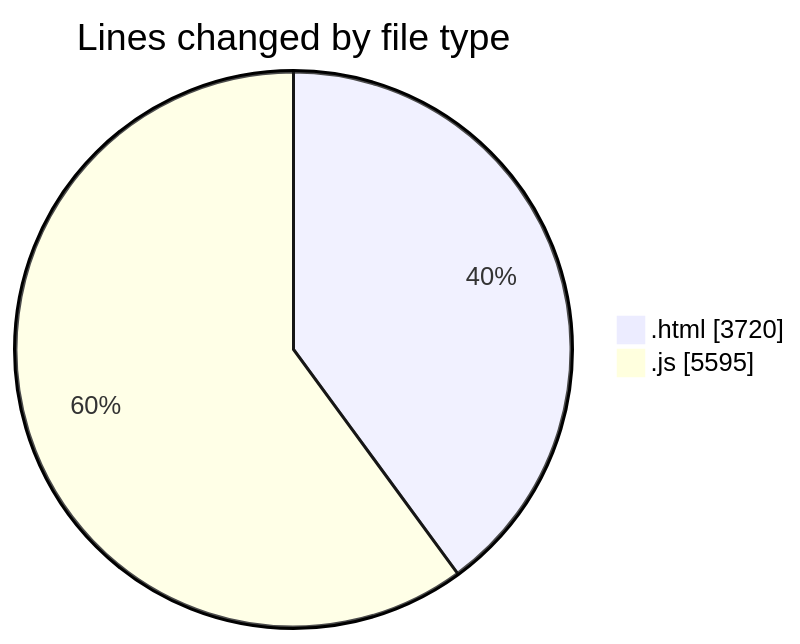
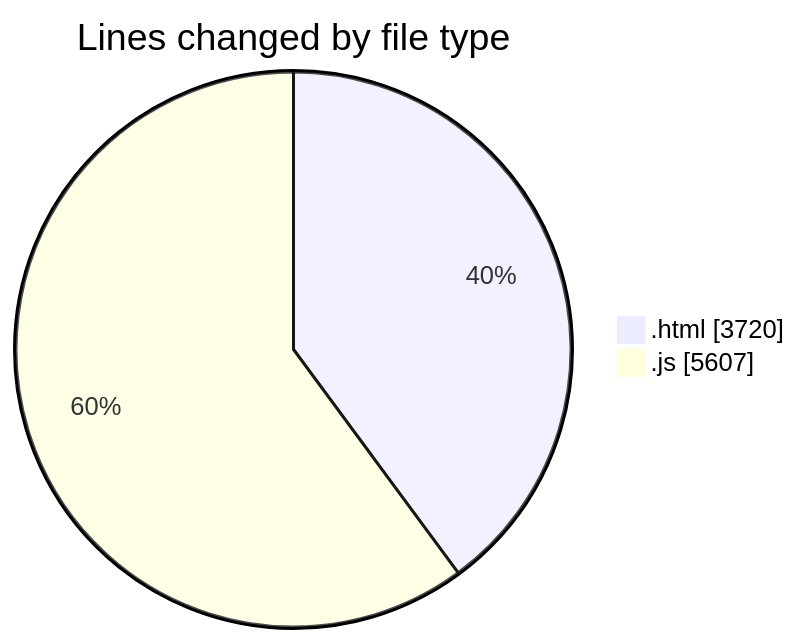
The first of 2 diagrams in 2026-02-19/bot_v1_2/README.md (becaeroporto-bot/code-tracking), drawn with Mermaid before and after one commit. The commit also changed other lines of this file and 1 other file, not shown here.

````diff
--- a/2026-02-19/bot_v1_2/README.md
+++ b/2026-02-19/bot_v1_2/README.md
@@ -28,6 +28,6 @@
 ```mermaid
 pie showData
 title Lines changed by file type
 ".html" : 3720
-".js" : 5595
+".js" : 5607
 ```
````
